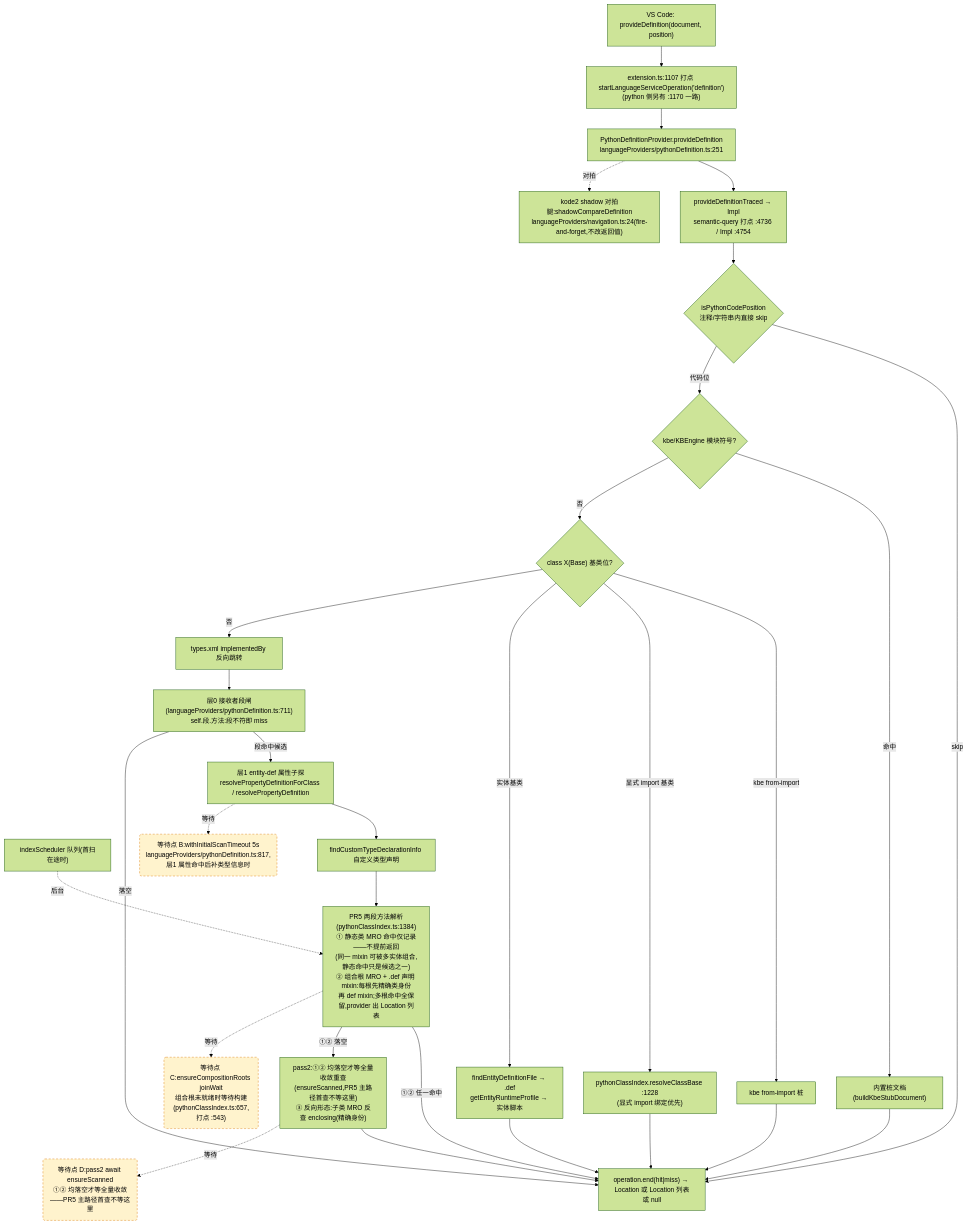
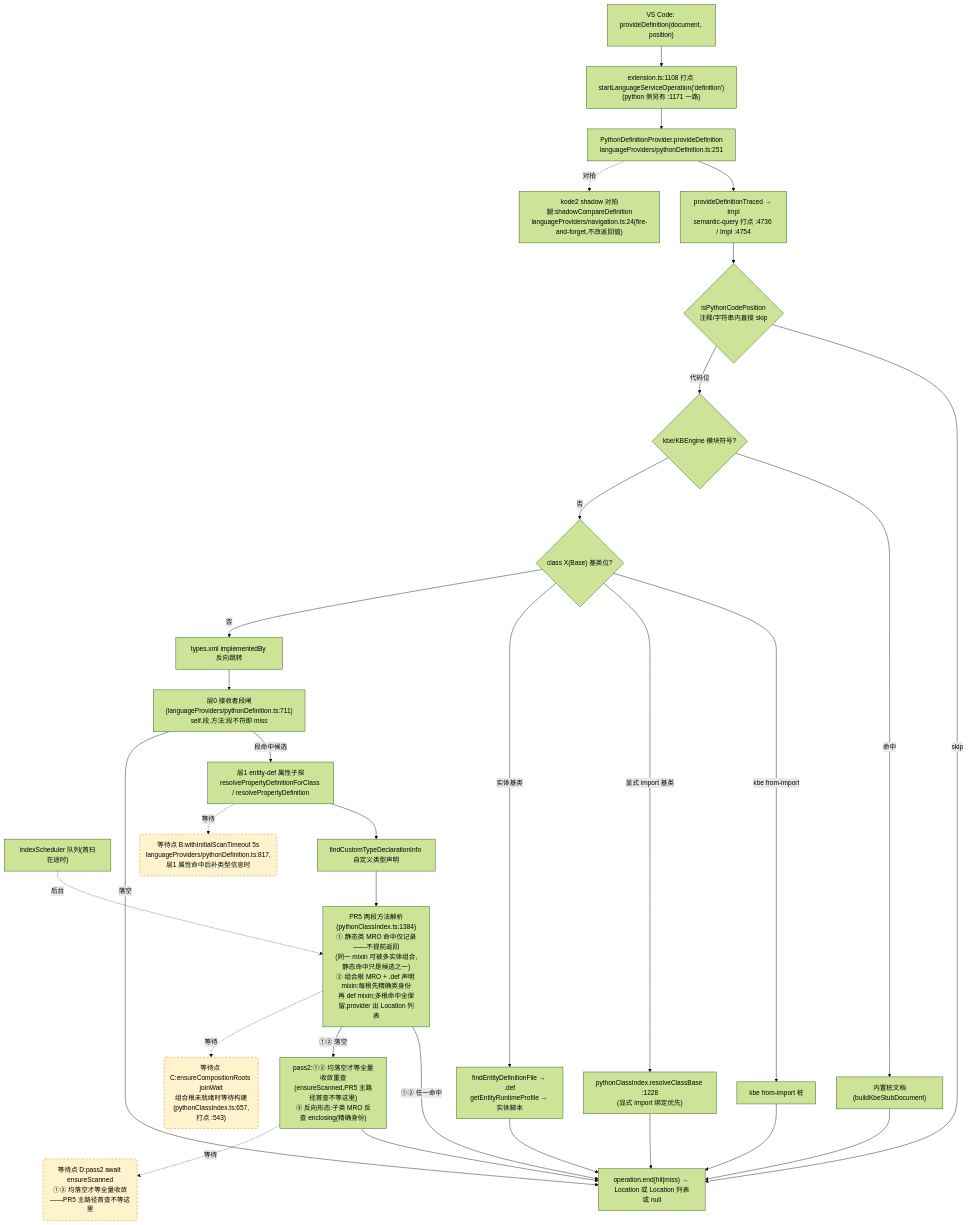
One commit to cuihairu/kode changed the second of 4 diagrams in docs/perf/2026-baseline.md. Above: the diagram before and after it, drawn with Mermaid (forest theme). The commit also changed other lines of this file and 3 other files, not shown here.

````diff
--- a/docs/perf/2026-baseline.md
+++ b/docs/perf/2026-baseline.md
@@ -130,51 +130,51 @@
 ```mermaid
 flowchart TD
   VC2["VS Code: provideDefinition(document, position)"]
-  M2["extension.ts:1107 打点 startLanguageServiceOperation('definition')<br/>(python 侧另有 :1170 一路)"]
+  M2["extension.ts:1108 打点 startLanguageServiceOperation('definition')<br/>(python 侧另有 :1171 一路)"]
   AD2["PythonDefinitionProvider.provideDefinition<br/>languageProviders/pythonDefinition.ts:251"]
   TR["provideDefinitionTraced → Impl<br/>semantic-query 打点 :4736 / Impl :4754"]
   CTX{"isPythonCodePosition<br/>注释/字符串内直接 skip"}
   KBE{"kbe/KBEngine 模块符号?"}
   STUB["内置桩文档(buildKbeStubDocument)"]
   CB{"class X(Base) 基类位?"}
   CB1["kbe from-import 桩"]
   CB2["pythonClassIndex.resolveClassBase :1228<br/>(显式 import 绑定优先)"]
   CB3["findEntityDefinitionFile → .def<br/>getEntityRuntimeProfile → 实体脚本"]
   REV["types.xml implementedBy 反向跳转"]
   L0["层0 接收者段闸(languageProviders/pythonDefinition.ts:711)<br/>self.段.方法:段不符即 miss"]
   L1["层1 entity-def 属性子探<br/>resolvePropertyDefinitionForClass / resolvePropertyDefinition"]
   SCAN["indexScheduler 队列(首扫在途时)"]
   TY["findCustomTypeDeclarationInfo 自定义类型声明"]
   MRO["PR5 两段方法解析(pythonClassIndex.ts:1384)<br/>① 静态类 MRO 命中仅记录——不提前返回<br/>(同一 mixin 可被多实体组合,静态命中只是候选之一)<br/>② 组合根 MRO + .def 声明 mixin:每根先精确类身份<br/>再 def mixin;多根命中全保留,provider 出 Location 列表"]
   PASS2["pass2:①② 均落空才等全量收敛重查<br/>(ensureScanned,PR5 主路径首查不等这里)<br/>③ 反向形态:子类 MRO 反查 enclosing(精确身份)"]
   SHD["kode2 shadow 对拍腿:shadowCompareDefinition<br/>languageProviders/navigation.ts:24(fire-and-forget,不改返回值)"]
   END2["operation.end(hit|miss) → Location 或 Location 列表或 null"]
 
   VC2 --> M2 --> AD2 --> TR --> CTX
   CTX -- "skip" --> END2
   CTX -- "代码位" --> KBE
   KBE -- "命中" --> STUB --> END2
   KBE -- "否" --> CB
   CB -- "kbe from-import" --> CB1 --> END2
   CB -- "显式 import 基类" --> CB2 --> END2
   CB -- "实体基类" --> CB3 --> END2
   CB -- "否" --> REV --> L0
   L0 -- "段命中候选" --> L1
   L0 -- "落空" --> END2
   L1 --> TY
   TY --> MRO
   MRO -- "①② 任一命中" --> END2
   MRO -- "①② 落空" --> PASS2 --> END2
   AD2 -.->|对拍| SHD
 
   WAITB("等待点 B:withInitialScanTimeout 5s<br/>languageProviders/pythonDefinition.ts:817,层1 属性命中后补类型信息时")
   WAITC("等待点 C:ensureCompositionRoots joinWait<br/>组合根未就绪时等待构建(pythonClassIndex.ts:657,打点 :543)")
   WAITD("等待点 D:pass2 await ensureScanned<br/>①② 均落空才等全量收敛——PR5 主路径首查不等这里")
   L1 -.->|等待| WAITB
   MRO -.->|等待| WAITC
   PASS2 -.->|等待| WAITD
   SCAN -.->|后台| MRO
 
   classDef waitPoint fill:#fff3cd,stroke:#d97706,stroke-dasharray:5 4;
   class WAITB,WAITC,WAITD waitPoint;
 ```
````
